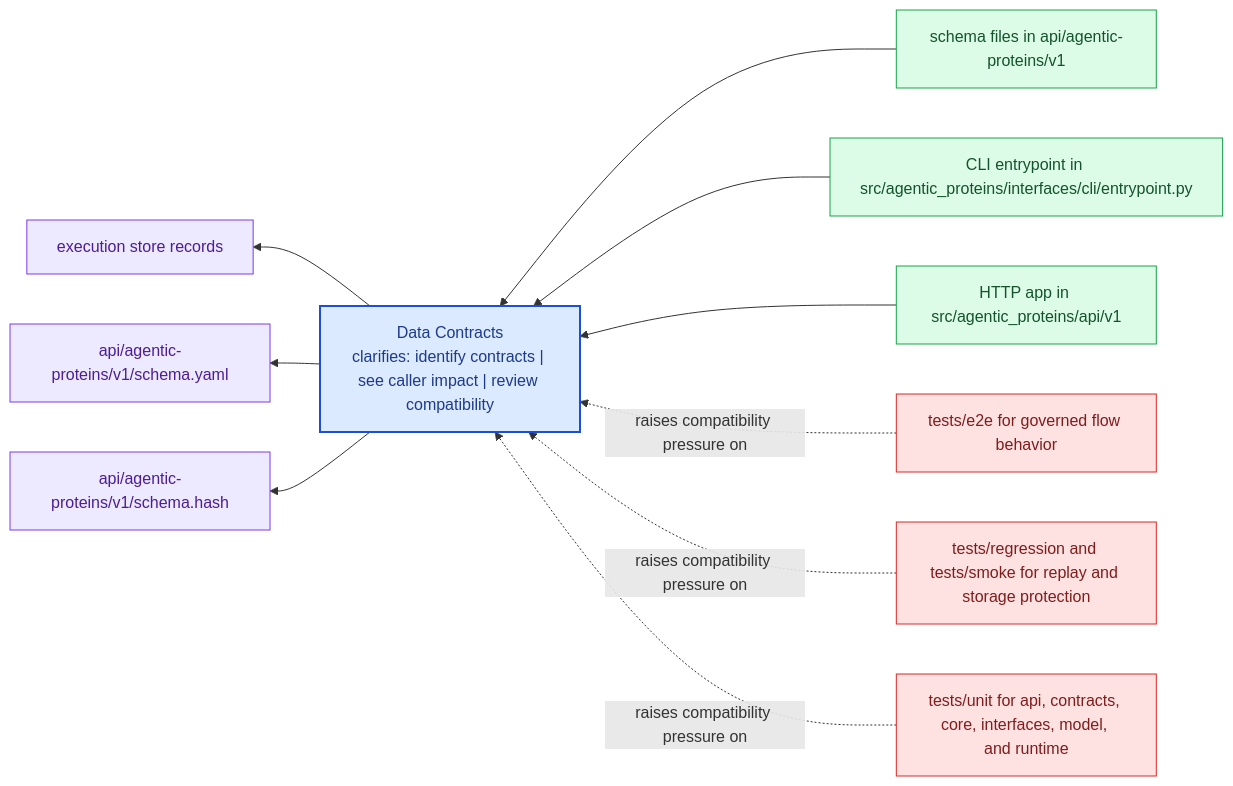
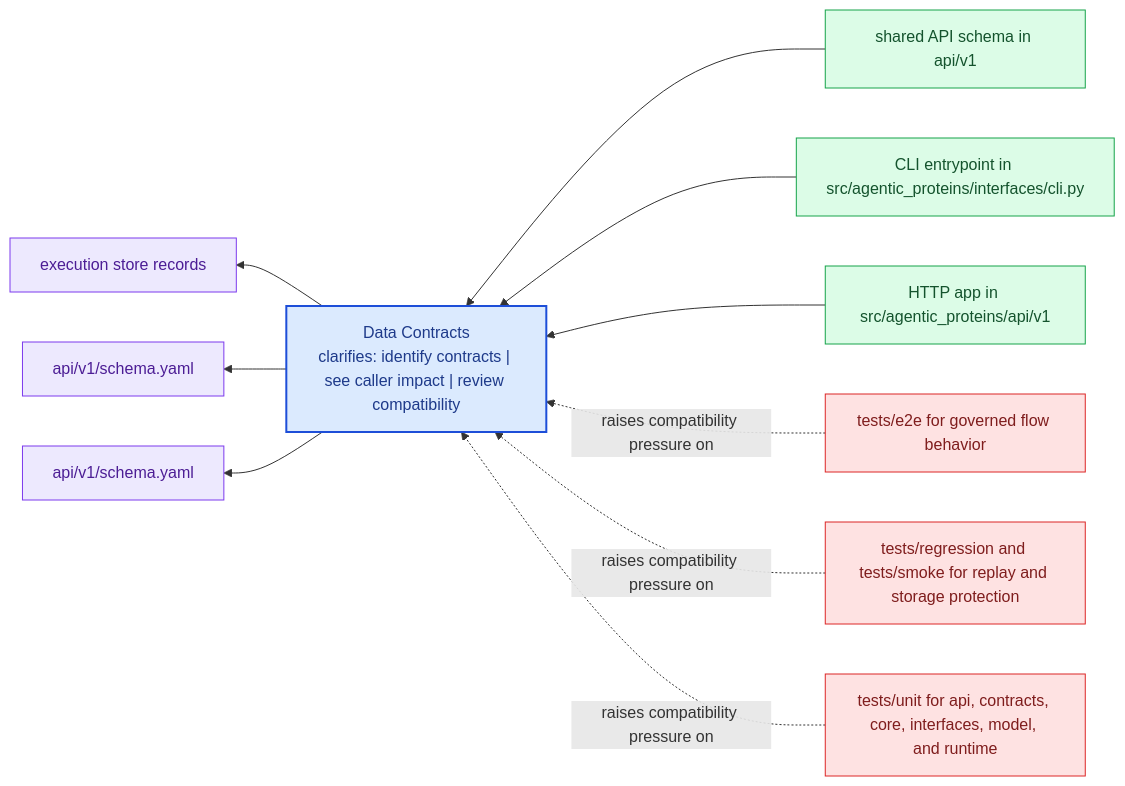
One commit to bijux/bijux-proteomics changed the diagram in docs/agentic-proteins/interfaces/data-contracts.md. Above: the diagram before and after it, drawn with Mermaid. The commit also changed other lines of this file and 24 other files, not shown here.

Commit message:
docs(agentic-proteins): deepen runtime handbook and align execution anchors to real modules

````diff
--- a/docs/agentic-proteins/interfaces/data-contracts.md
+++ b/docs/agentic-proteins/interfaces/data-contracts.md
@@ -23,31 +23,31 @@
 ```mermaid
 flowchart RL
     page["Data Contracts<br/>clarifies: identify contracts | see caller impact | review compatibility"]
     classDef page fill:#dbeafe,stroke:#1d4ed8,color:#1e3a8a,stroke-width:2px;
     classDef positive fill:#dcfce7,stroke:#16a34a,color:#14532d;
     classDef caution fill:#fee2e2,stroke:#dc2626,color:#7f1d1d;
     classDef anchor fill:#ede9fe,stroke:#7c3aed,color:#4c1d95;
     classDef action fill:#fef3c7,stroke:#d97706,color:#7c2d12;
-    surface1["schema files in api/agentic-proteins/v1"]
+    surface1["shared API schema in api/v1"]
     surface1 --> page
-    surface2["CLI entrypoint in src/agentic_proteins/interfaces/cli/entrypoint.py"]
+    surface2["CLI entrypoint in src/agentic_proteins/interfaces/cli.py"]
     surface2 --> page
     surface3["HTTP app in src/agentic_proteins/api/v1"]
     surface3 --> page
     proof1["execution store records"]
     page --> proof1
-    proof2["api/agentic-proteins/v1/schema.yaml"]
+    proof2["api/v1/schema.yaml"]
     page --> proof2
-    proof3["api/agentic-proteins/v1/schema.hash"]
+    proof3["api/v1/schema.yaml"]
     page --> proof3
     review1["tests/e2e for governed flow behavior"]
     review1 -.raises compatibility pressure on.-> page
     review2["tests/regression and tests/smoke for replay and storage protection"]
     review2 -.raises compatibility pressure on.-> page
     review3["tests/unit for api, contracts, core, interfaces, model, and runtime"]
     review3 -.raises compatibility pressure on.-> page
     class page page;
     class surface1,surface2,surface3 positive;
     class proof1,proof2,proof3 anchor;
     class review1,review2,review3 caution;
 ```
````
